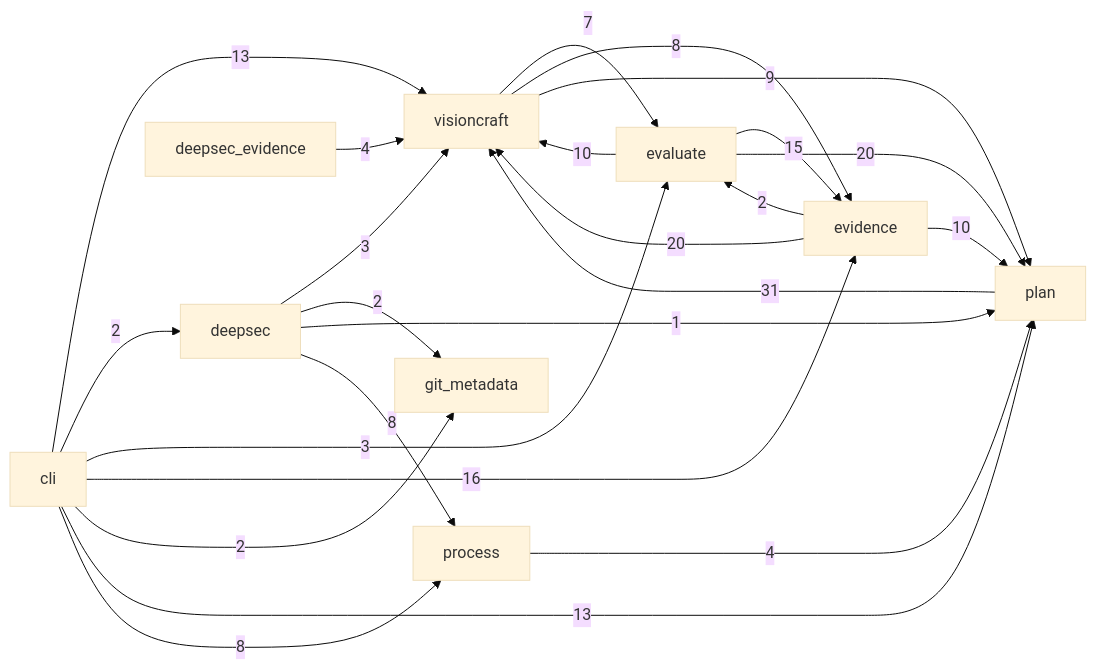
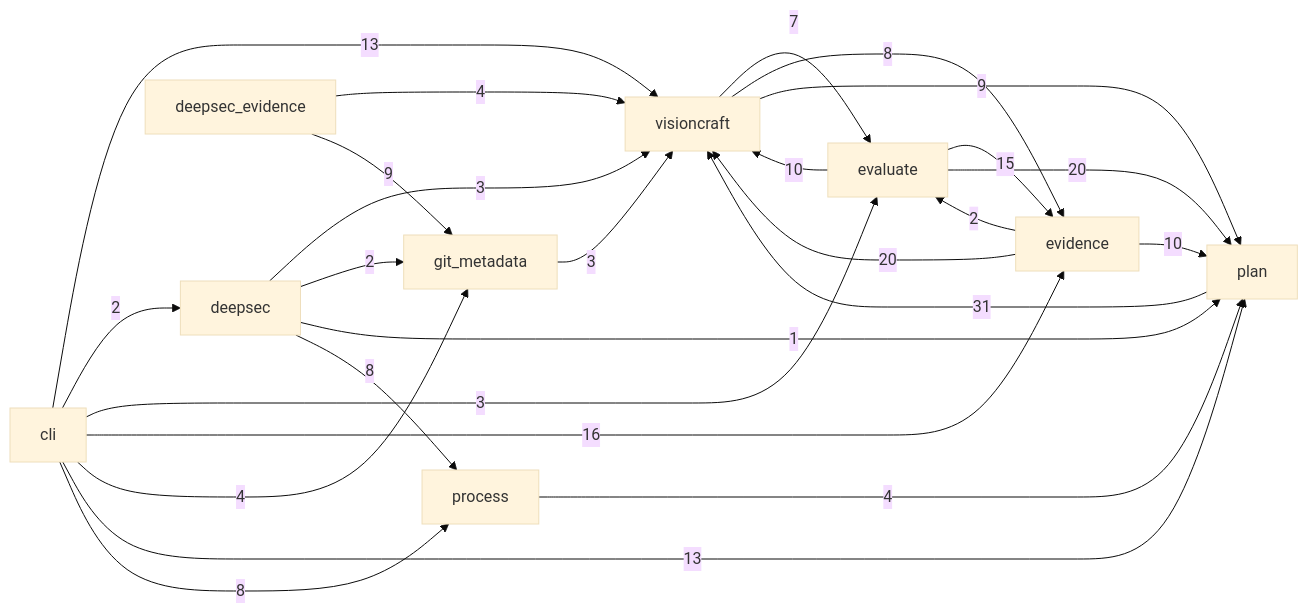
The second of 3 diagrams in docs/diagrams/generated/_overview.md (DreamLab-AI/visioncraft), drawn with Mermaid (base theme) before and after one commit. The commit also changed other lines of this file and 10 other files, not shown here.

Commit message:
Verify final release architecture and refresh generated diagrams

````diff
--- a/docs/diagrams/generated/_overview.md
+++ b/docs/diagrams/generated/_overview.md
@@ -47,35 +47,37 @@
 ```mermaid
 flowchart LR
   visioncraft["visioncraft"]
   visioncraft__cli["cli"]
   visioncraft__deepsec["deepsec"]
   visioncraft__deepsec_evidence["deepsec_evidence"]
   visioncraft__evaluate["evaluate"]
   visioncraft__evidence["evidence"]
   visioncraft__git_metadata["git_metadata"]
   visioncraft__plan["plan"]
   visioncraft__process["process"]
   visioncraft -->|"7"| visioncraft__evaluate
   visioncraft -->|"8"| visioncraft__evidence
   visioncraft -->|"9"| visioncraft__plan
   visioncraft__cli -->|"13"| visioncraft
   visioncraft__cli -->|"2"| visioncraft__deepsec
   visioncraft__cli -->|"3"| visioncraft__evaluate
   visioncraft__cli -->|"16"| visioncraft__evidence
-  visioncraft__cli -->|"2"| visioncraft__git_metadata
+  visioncraft__cli -->|"4"| visioncraft__git_metadata
   visioncraft__cli -->|"13"| visioncraft__plan
   visioncraft__cli -->|"8"| visioncraft__process
   visioncraft__deepsec -->|"3"| visioncraft
   visioncraft__deepsec -->|"2"| visioncraft__git_metadata
   visioncraft__deepsec -->|"1"| visioncraft__plan
   visioncraft__deepsec -->|"8"| visioncraft__process
   visioncraft__deepsec_evidence -->|"4"| visioncraft
+  visioncraft__deepsec_evidence -->|"9"| visioncraft__git_metadata
   visioncraft__evaluate -->|"10"| visioncraft
   visioncraft__evaluate -->|"15"| visioncraft__evidence
   visioncraft__evaluate -->|"20"| visioncraft__plan
   visioncraft__evidence -->|"20"| visioncraft
   visioncraft__evidence -->|"2"| visioncraft__evaluate
   visioncraft__evidence -->|"10"| visioncraft__plan
+  visioncraft__git_metadata -->|"3"| visioncraft
   visioncraft__plan -->|"31"| visioncraft
   visioncraft__process -->|"4"| visioncraft__plan
 ```
````
